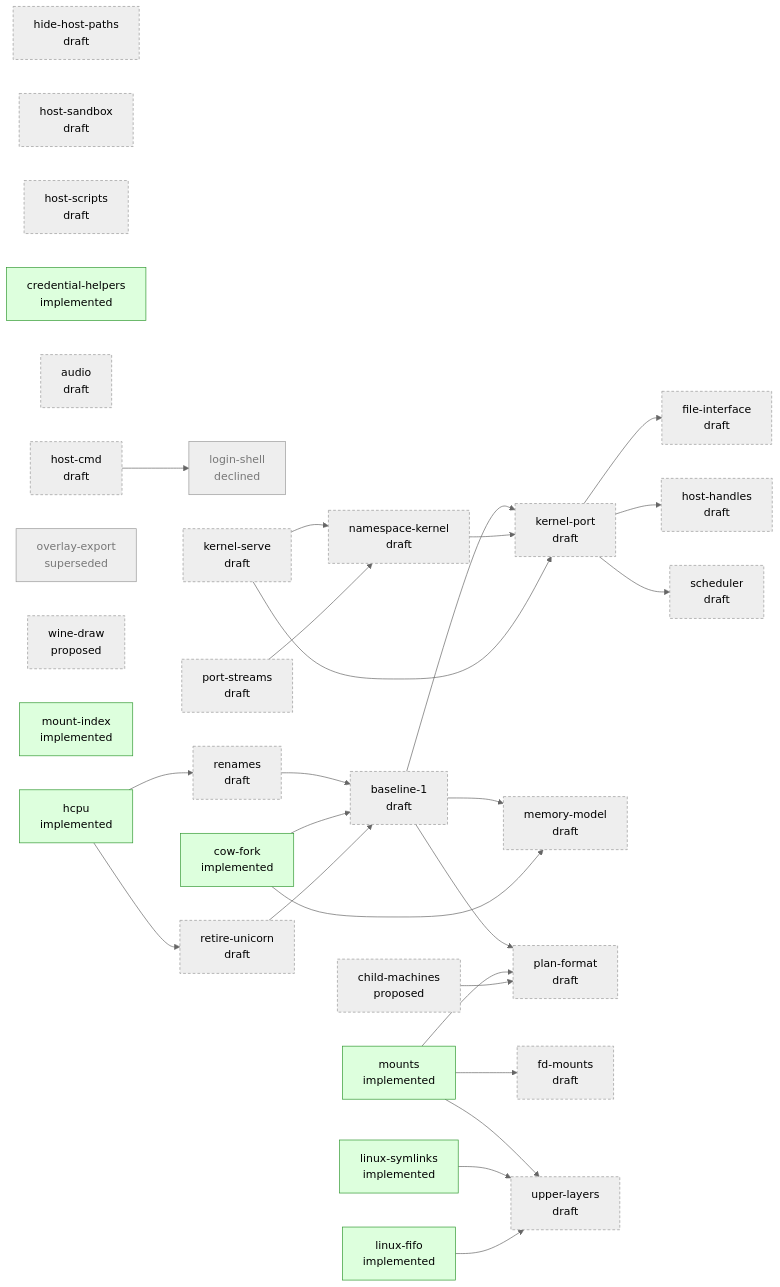
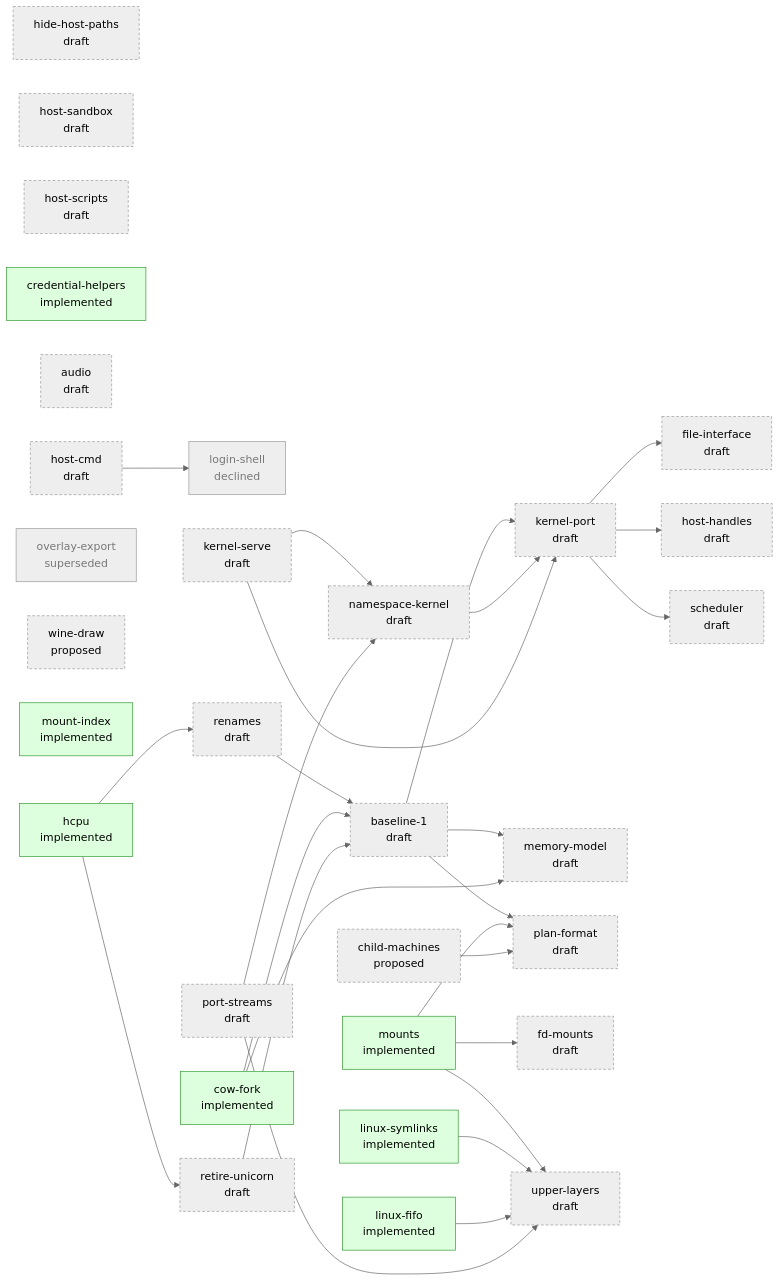
Before and after one commit to progrium/hyper9: the diagram in design/STATUS.md, drawn with Mermaid (neutral theme). The commit also changed other lines of this file, not shown here.

````diff
--- a/design/STATUS.md
+++ b/design/STATUS.md
@@ -40,60 +40,61 @@
 ```mermaid
 flowchart LR
   classDef draft stroke-dasharray: 4 3
   classDef accepted stroke-width: 2px
   classDef implemented fill:#dfd,stroke:#393
   classDef closed fill:#eee,stroke:#999,color:#777
   p_hide_host_paths["hide-host-paths<br/>draft"]:::draft
   p_host_sandbox["host-sandbox<br/>draft"]:::draft
   p_host_scripts["host-scripts<br/>draft"]:::draft
   p_credential_helpers["credential-helpers<br/>implemented"]:::implemented
   p_audio["audio<br/>draft"]:::draft
   p_host_cmd["host-cmd<br/>draft"]:::draft
   p_overlay_export["overlay-export<br/>superseded"]:::closed
   p_login_shell["login-shell<br/>declined"]:::closed
   p_child_machines["child-machines<br/>proposed"]:::draft
   p_cow_fork["cow-fork<br/>implemented"]:::implemented
   p_wine_draw["wine-draw<br/>proposed"]:::draft
   p_mount_index["mount-index<br/>implemented"]:::implemented
   p_hcpu["hcpu<br/>implemented"]:::implemented
   p_kernel_serve["kernel-serve<br/>draft"]:::draft
   p_namespace_kernel["namespace-kernel<br/>draft"]:::draft
   p_port_streams["port-streams<br/>draft"]:::draft
   p_linux_fifo["linux-fifo<br/>implemented"]:::implemented
   p_mounts["mounts<br/>implemented"]:::implemented
   p_baseline_1["baseline-1<br/>draft"]:::draft
   p_file_interface["file-interface<br/>draft"]:::draft
   p_host_handles["host-handles<br/>draft"]:::draft
   p_kernel_port["kernel-port<br/>draft"]:::draft
   p_linux_symlinks["linux-symlinks<br/>implemented"]:::implemented
   p_memory_model["memory-model<br/>draft"]:::draft
   p_plan_format["plan-format<br/>draft"]:::draft
   p_renames["renames<br/>draft"]:::draft
   p_retire_unicorn["retire-unicorn<br/>draft"]:::draft
   p_scheduler["scheduler<br/>draft"]:::draft
   p_fd_mounts["fd-mounts<br/>draft"]:::draft
   p_upper_layers["upper-layers<br/>draft"]:::draft
   p_host_cmd --> p_login_shell
   p_kernel_serve --> p_namespace_kernel
   p_port_streams --> p_namespace_kernel
   p_renames --> p_baseline_1
   p_cow_fork --> p_baseline_1
   p_retire_unicorn --> p_baseline_1
   p_kernel_port --> p_file_interface
   p_kernel_port --> p_host_handles
   p_baseline_1 --> p_kernel_port
   p_namespace_kernel --> p_kernel_port
   p_kernel_serve --> p_kernel_port
   p_baseline_1 --> p_memory_model
   p_cow_fork --> p_memory_model
   p_baseline_1 --> p_plan_format
   p_mounts --> p_plan_format
   p_child_machines --> p_plan_format
   p_hcpu --> p_renames
   p_hcpu --> p_retire_unicorn
   p_kernel_port --> p_scheduler
   p_mounts --> p_fd_mounts
   p_mounts --> p_upper_layers
   p_linux_symlinks --> p_upper_layers
   p_linux_fifo --> p_upper_layers
+  p_port_streams --> p_upper_layers
 ```
````
